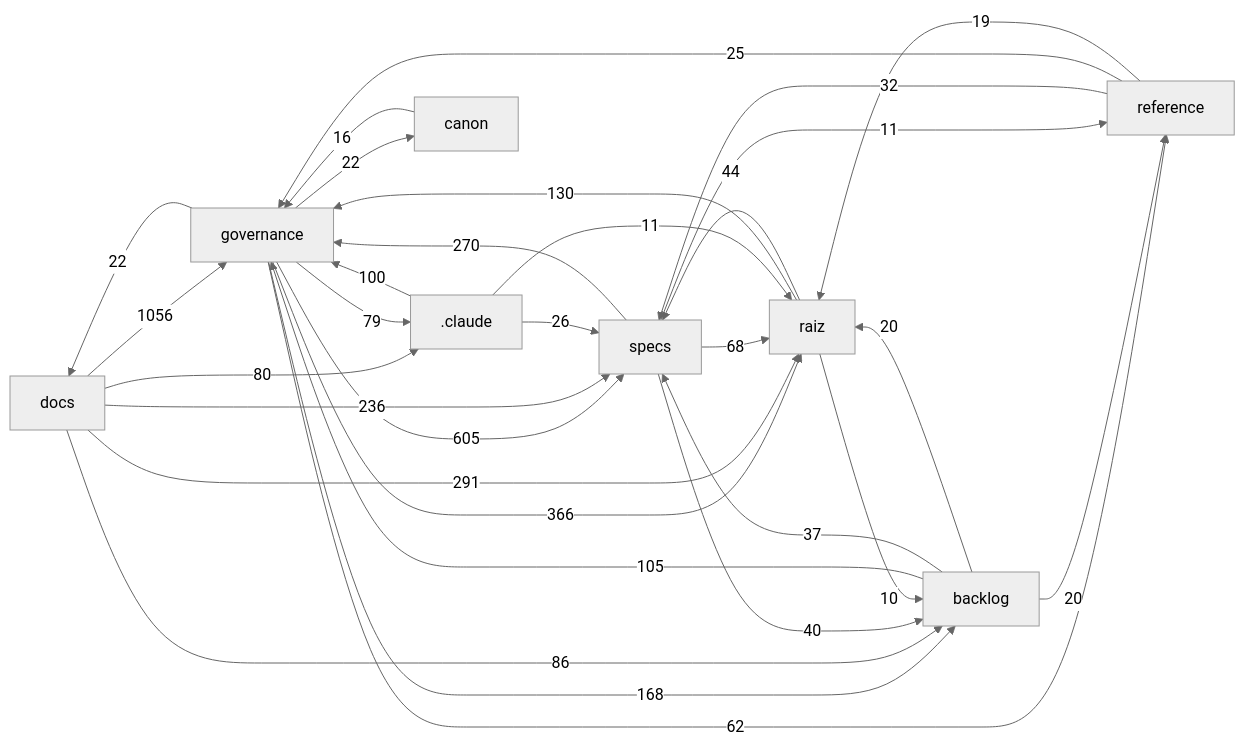
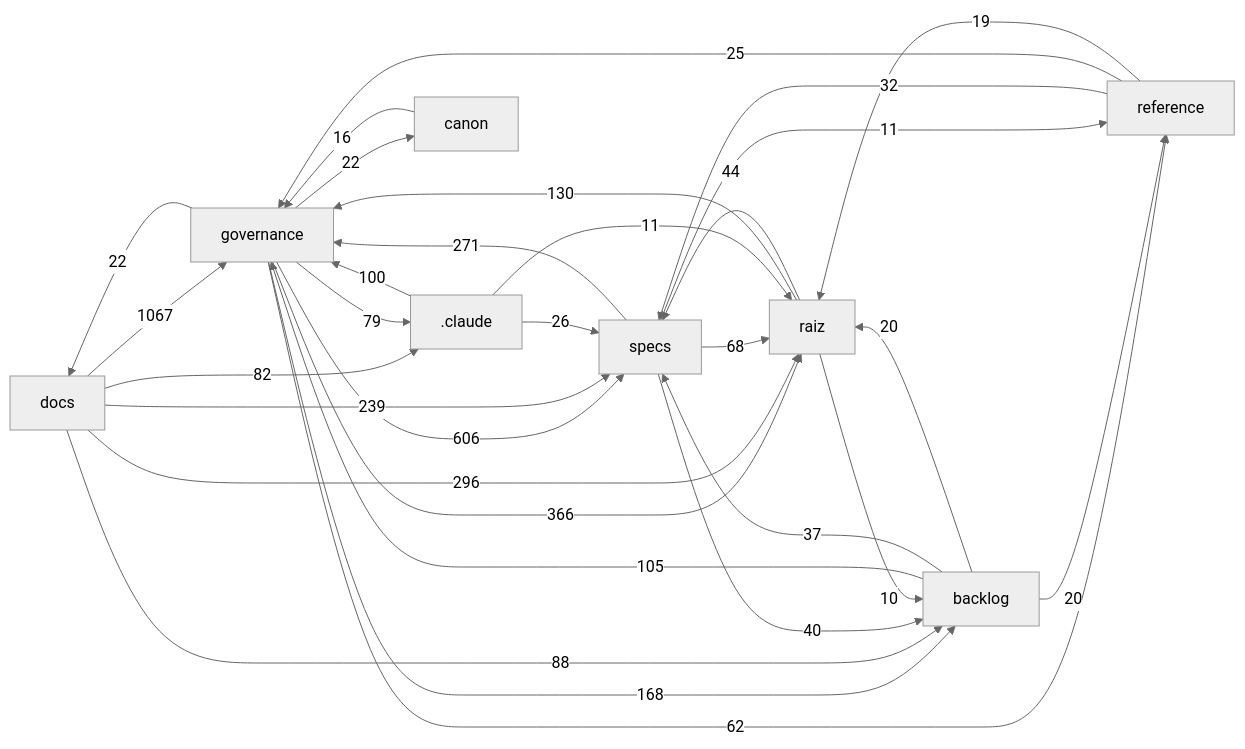
The diagram in docs/mapa/MAPA-PROJETO.md (Andraus35/Sistema-Operacional-de-Trading--SOT), drawn with Mermaid (neutral theme) before and after one commit. The commit also changed other lines of this file and 6 other files, not shown here.

````diff
--- a/docs/mapa/MAPA-PROJETO.md
+++ b/docs/mapa/MAPA-PROJETO.md
@@ -29,33 +29,33 @@
 ```mermaid
 flowchart LR
-  docs["docs"] -->|1056| governance["governance"]
-  governance["governance"] -->|605| specs["specs"]
+  docs["docs"] -->|1067| governance["governance"]
+  governance["governance"] -->|606| specs["specs"]
   governance["governance"] -->|366| raiz["raiz"]
-  docs["docs"] -->|291| raiz["raiz"]
-  specs["specs"] -->|270| governance["governance"]
-  docs["docs"] -->|236| specs["specs"]
+  docs["docs"] -->|296| raiz["raiz"]
+  specs["specs"] -->|271| governance["governance"]
+  docs["docs"] -->|239| specs["specs"]
   governance["governance"] -->|168| backlog["backlog"]
   raiz["raiz"] -->|130| governance["governance"]
   backlog["backlog"] -->|105| governance["governance"]
   _claude[".claude"] -->|100| governance["governance"]
-  docs["docs"] -->|86| backlog["backlog"]
-  docs["docs"] -->|80| _claude[".claude"]
+  docs["docs"] -->|88| backlog["backlog"]
+  docs["docs"] -->|82| _claude[".claude"]
   governance["governance"] -->|79| _claude[".claude"]
   specs["specs"] -->|68| raiz["raiz"]
   governance["governance"] -->|62| reference["reference"]
   raiz["raiz"] -->|44| specs["specs"]
   specs["specs"] -->|40| backlog["backlog"]
   backlog["backlog"] -->|37| specs["specs"]
   reference["reference"] -->|32| specs["specs"]
   _claude[".claude"] -->|26| specs["specs"]
   reference["reference"] -->|25| governance["governance"]
   governance["governance"] -->|22| docs["docs"]
   governance["governance"] -->|22| canon["canon"]
   backlog["backlog"] -->|20| raiz["raiz"]
   backlog["backlog"] -->|20| reference["reference"]
   reference["reference"] -->|19| raiz["raiz"]
   canon["canon"] -->|16| governance["governance"]
   _claude[".claude"] -->|11| raiz["raiz"]
   specs["specs"] -->|11| reference["reference"]
   raiz["raiz"] -->|10| backlog["backlog"]
 ```
````
